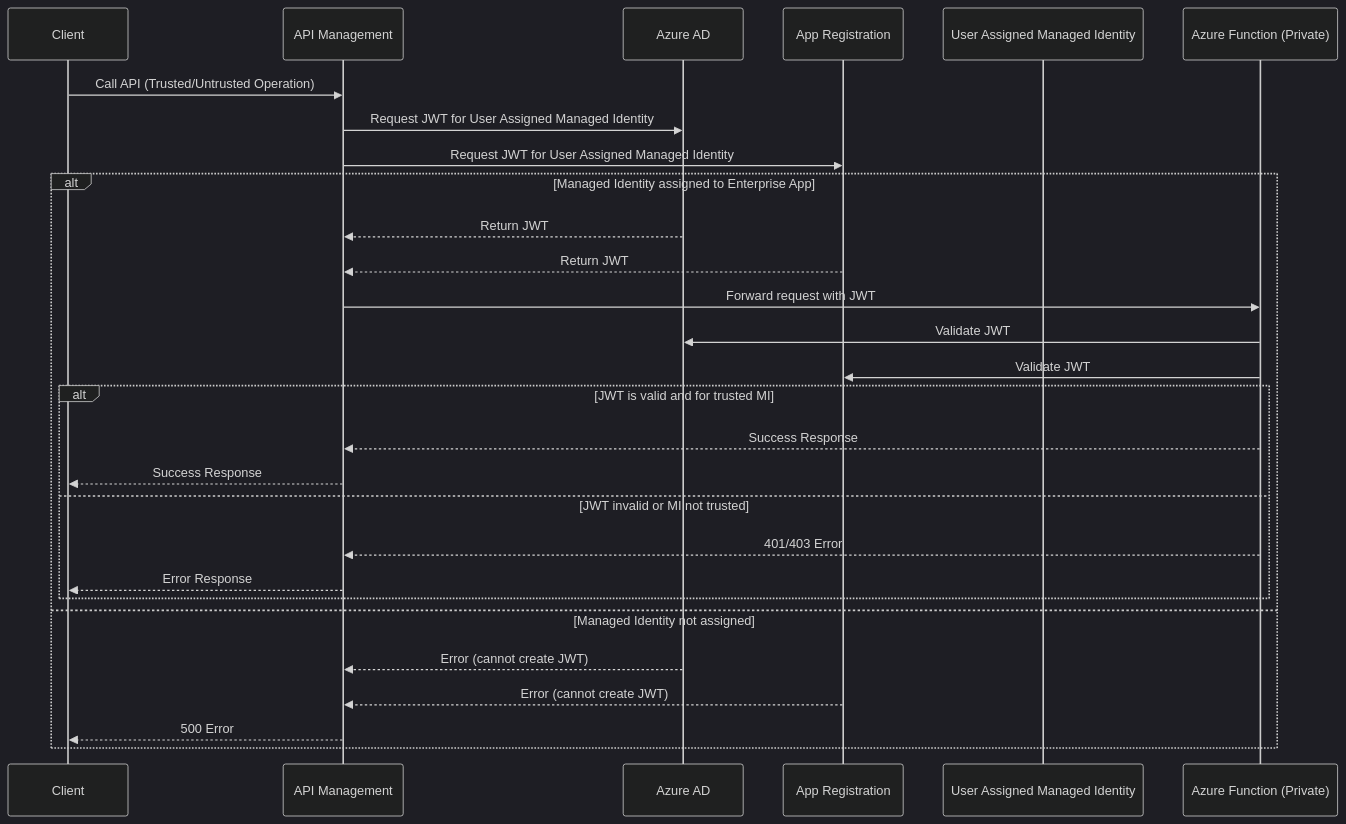
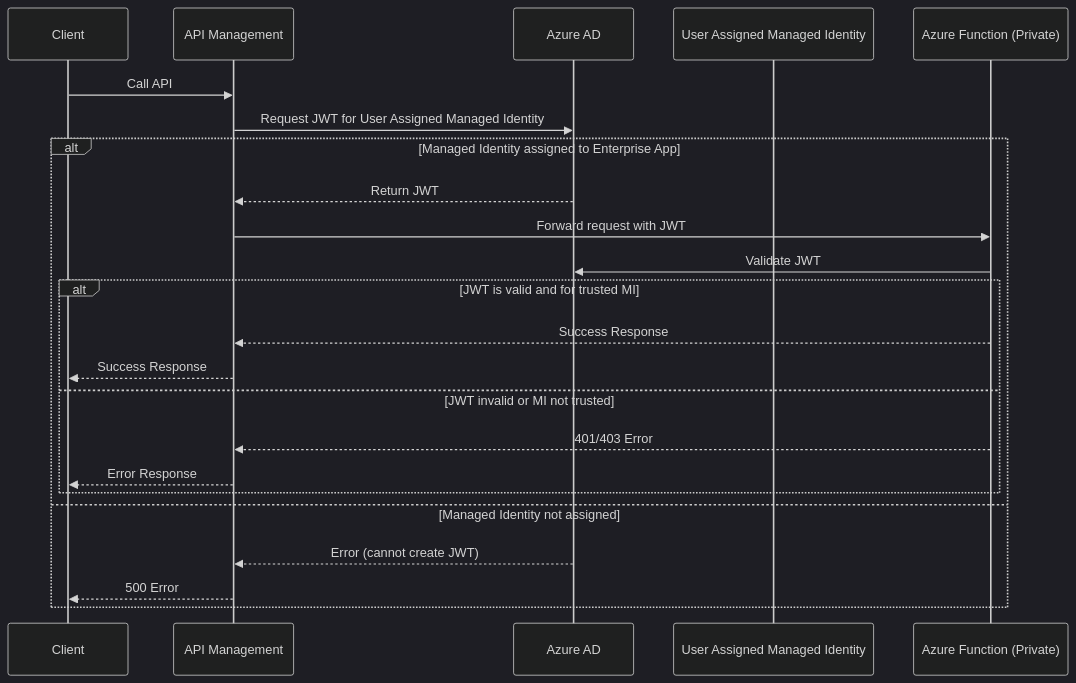
The first of 2 diagrams in apim-to-function.md (rukasakurai/apim-managed-identity-functions-containerapps), drawn with Mermaid (dark theme) before and after one commit. The commit also changed other lines of this file and 1 other file, not shown here.

Commit message:
Refactor sequence diagram in documentation and update Bicep template to include APIM managed identity client ID parameter and JWT claim checks

````diff
--- a/apim-to-function.md
+++ b/apim-to-function.md
@@ -7,31 +7,26 @@
 ```mermaid
 sequenceDiagram
     participant Client
     participant APIM as API Management
     participant AAD as Azure AD
-    participant AppReg as App Registration
     participant MI as User Assigned Managed Identity
     participant Function as Azure Function (Private)
 
-    Client->>APIM: Call API (Trusted/Untrusted Operation)
+    Client->>APIM: Call API
     APIM->>AAD: Request JWT for User Assigned Managed Identity
-    APIM->>AppReg: Request JWT for User Assigned Managed Identity
     alt Managed Identity assigned to Enterprise App
         AAD-->>APIM: Return JWT
-        AppReg-->>APIM: Return JWT
         APIM->>Function: Forward request with JWT
         Function->>AAD: Validate JWT
-        Function->>AppReg: Validate JWT
         alt JWT is valid and for trusted MI
             Function-->>APIM: Success Response
             APIM-->>Client: Success Response
         else JWT invalid or MI not trusted
             Function-->>APIM: 401/403 Error
             APIM-->>Client: Error Response
         end
     else Managed Identity not assigned
         AAD-->>APIM: Error (cannot create JWT)
-        AppReg-->>APIM: Error (cannot create JWT)
         APIM-->>Client: 500 Error
     end
 ```
````
